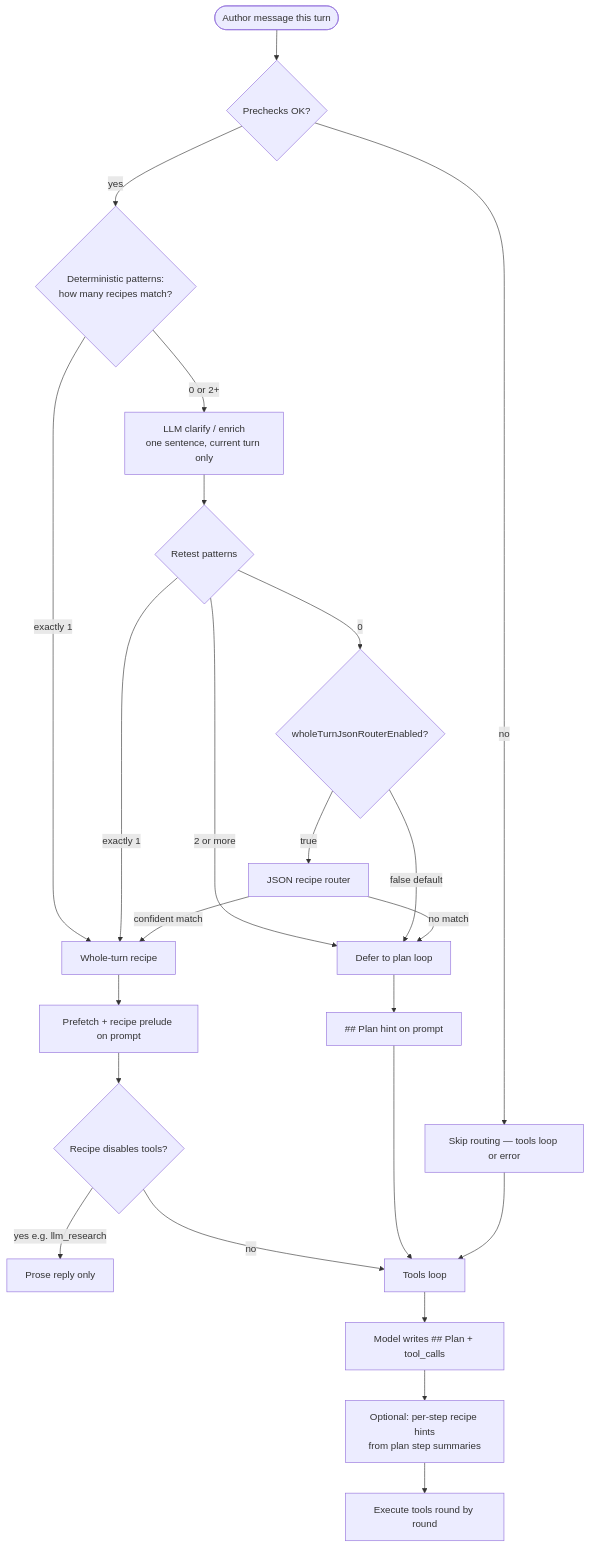
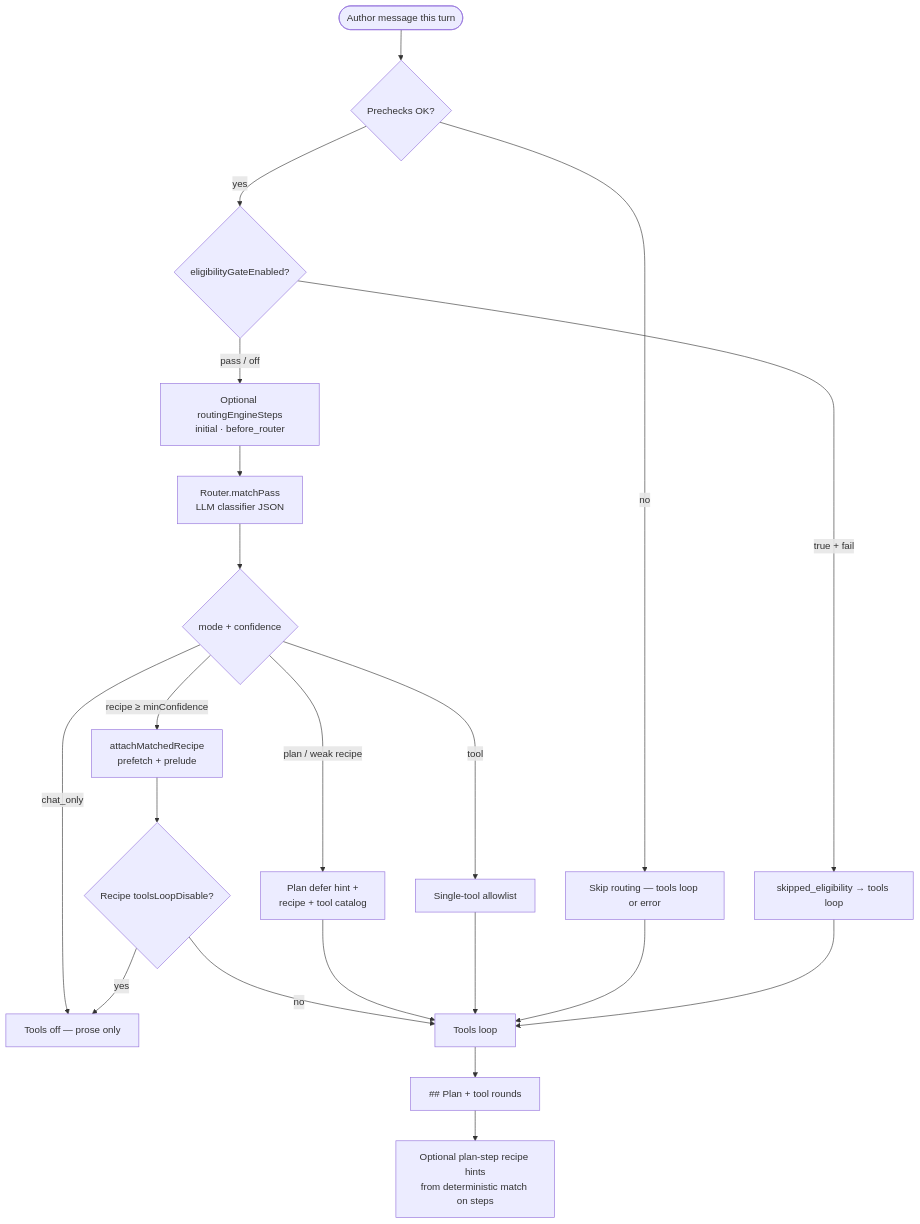
Before and after one commit to craftercms/ai-assistant-plugin: the diagram in docs/internals/intent-recipe-routing.md, drawn with Mermaid. The commit also changed other lines of this file, not shown here.

First line of the commit message:
Align intent-recipe-routing.md with LLM-first Router pipeline.

````diff
--- a/docs/internals/intent-recipe-routing.md
+++ b/docs/internals/intent-recipe-routing.md
@@ -32,30 +34,23 @@
 ```mermaid
 flowchart TD
   A([Author message this turn]) --> B{Prechecks OK?}
   B -->|no| Bskip[Skip routing — tools loop or error]
-  B -->|yes| C{Deterministic patterns:<br/>how many recipes match?}
-
-  C -->|exactly 1| M[Whole-turn recipe]
-  C -->|0 or 2+| D[LLM clarify / enrich<br/>one sentence, current turn only]
-  D --> E{Retest patterns}
-  E -->|exactly 1| M
-  E -->|2 or more| P[Defer to plan loop]
-  E -->|0| F{wholeTurnJsonRouterEnabled?}
-  F -->|false default| P
-  F -->|true| R[JSON recipe router]
-  R -->|confident match| M
-  R -->|no match| P
-
-  M --> G[Prefetch + recipe prelude on prompt]
-  G --> H{Recipe disables tools?}
-  H -->|yes e.g. llm_research| I[Prose reply only]
+  B -->|yes| Eg{eligibilityGateEnabled?}
+  Eg -->|true + fail| BskipElig[skipped_eligibility → tools loop]
+  Eg -->|pass / off| Eng[Optional routingEngineSteps\ninitial · before_router]
+  Eng --> R[Router.matchPass\nLLM classifier JSON]
+  R --> Mode{mode + confidence}
+  Mode -->|recipe ≥ minConfidence| M[attachMatchedRecipe\nprefetch + prelude]
+  Mode -->|chat_only| CO[Tools off — prose only]
+  Mode -->|tool| ST[Single-tool allowlist]
+  Mode -->|plan / weak recipe| P[Plan defer hint +\nrecipe + tool catalog]
+  M --> H{Recipe toolsLoopDisable?}
+  H -->|yes| CO
   H -->|no| J[Tools loop]
-
-  P --> K[## Plan hint on prompt]
-  K --> J
-  J --> L[Model writes ## Plan + tool_calls]
-  L --> M2[Optional: per-step recipe hints<br/>from plan step summaries]
-  M2 --> N[Execute tools round by round]
-
+  P --> J
+  ST --> J
   Bskip --> J
+  BskipElig --> J
+  J --> Plan[## Plan + tool rounds]
+  Plan --> StepHints[Optional plan-step recipe hints\nfrom deterministic match on steps]
 ```
````
